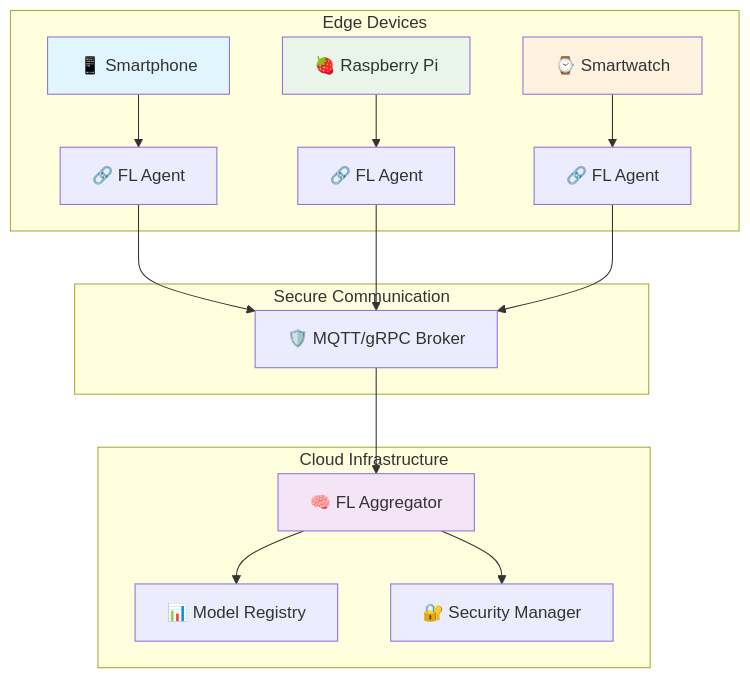
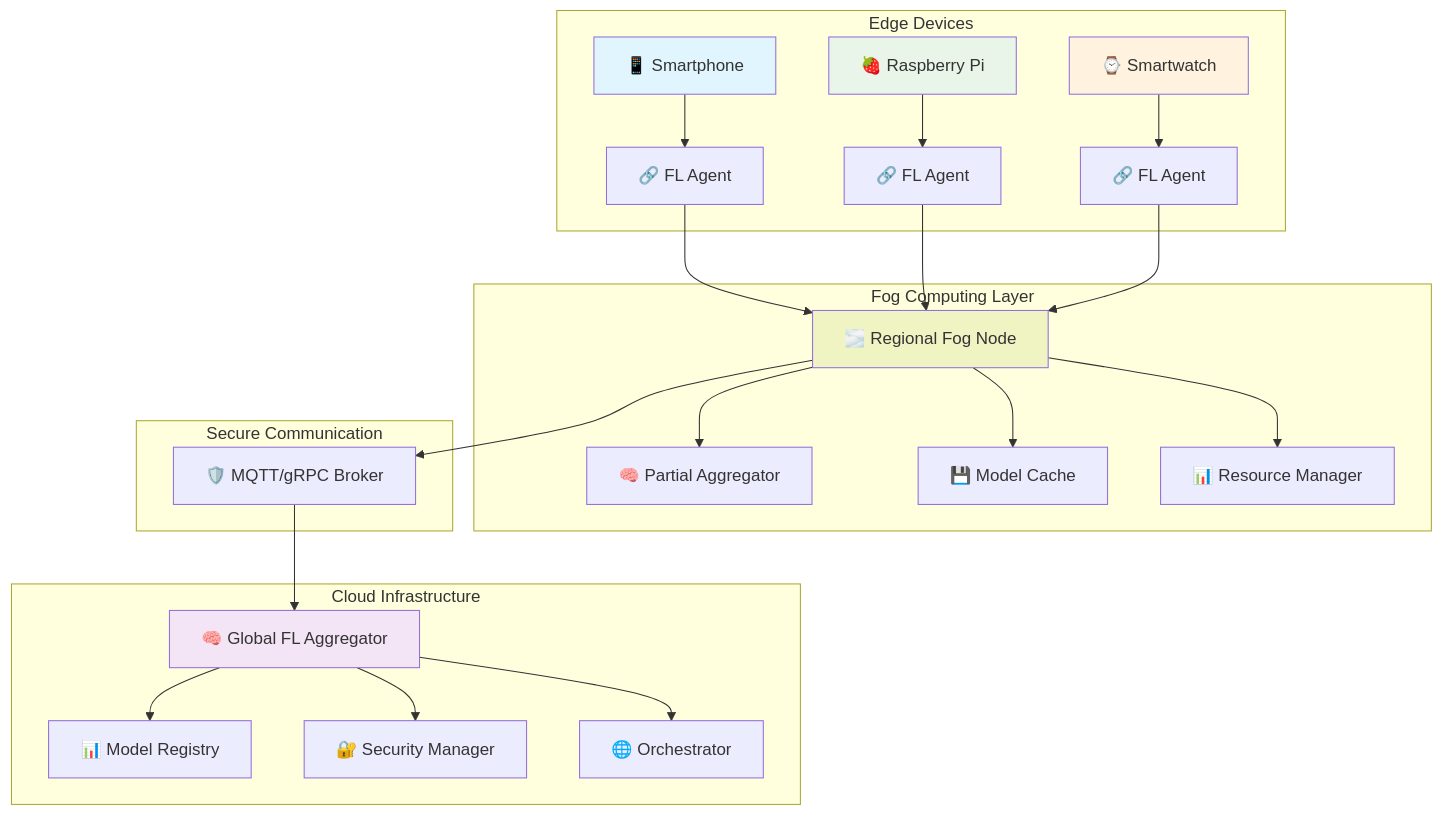
One commit to adrianoggm/TFM-Federated-learning-on-edge-nodes changed the diagram in README.md. Above: the diagram before and after it, drawn with Mermaid. The commit also changed other lines of this file and 4 other files, not shown here.

````diff
--- a/README.md
+++ b/README.md
@@ -32,25 +32,34 @@
 ```mermaid
 graph TB
     subgraph "Edge Devices"
         A[📱 Smartphone] --> D[🔗 FL Agent]
         B[🍓 Raspberry Pi] --> E[🔗 FL Agent] 
         C[⌚ Smartwatch] --> F[🔗 FL Agent]
     end
     
-    subgraph "Secure Communication"
-        D --> G[🛡️ MQTT/gRPC Broker]
+    subgraph "Fog Computing Layer"
+        D --> G[🌫️ Regional Fog Node]
         E --> G
         F --> G
+        G --> H[🧠 Partial Aggregator]
+        G --> I[💾 Model Cache]
+        G --> J[📊 Resource Manager]
+    end
+    
+    subgraph "Secure Communication"
+        G --> K[🛡️ MQTT/gRPC Broker]
     end
     
     subgraph "Cloud Infrastructure"
-        G --> H[🧠 FL Aggregator]
-        H --> I[📊 Model Registry]
-        H --> J[🔐 Security Manager]
+        K --> L[🧠 Global FL Aggregator]
+        L --> M[📊 Model Registry]
+        L --> N[🔐 Security Manager]
+        L --> O[🌐 Orchestrator]
     end
     
     style A fill:#e1f5fe
     style B fill:#e8f5e8
     style C fill:#fff3e0
-    style H fill:#f3e5f5
+    style G fill:#f0f4c3
+    style L fill:#f3e5f5
 ```
````
